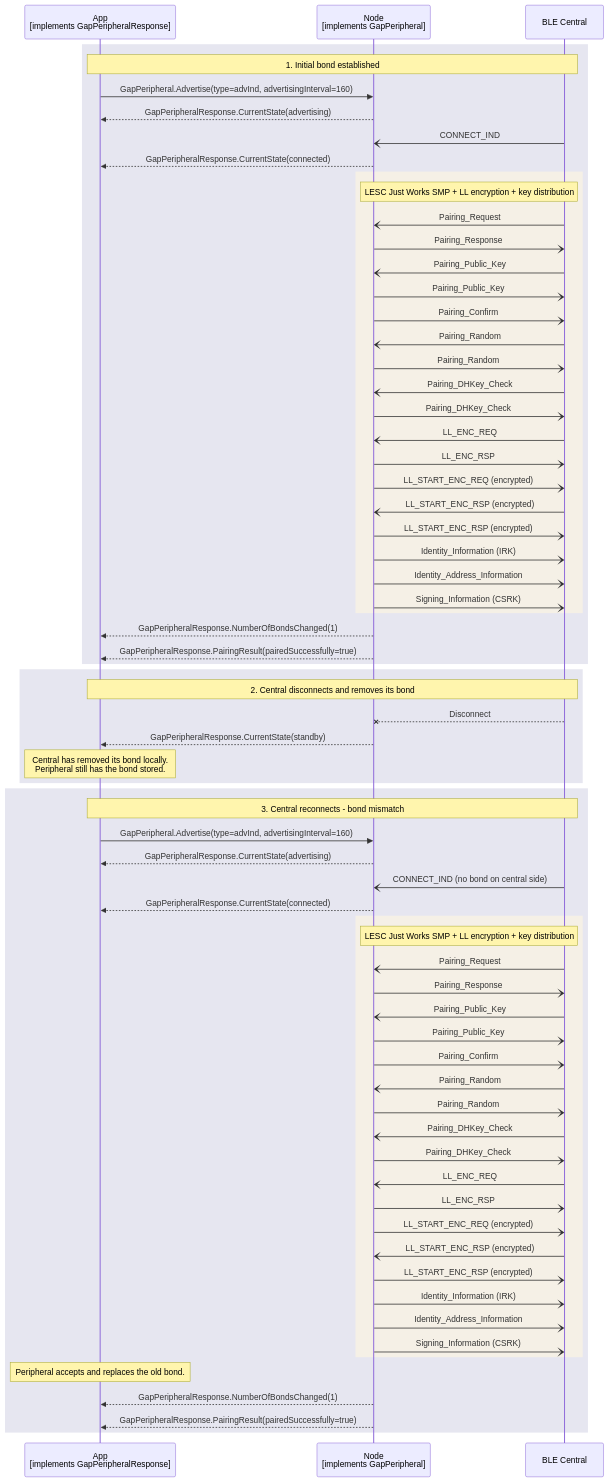
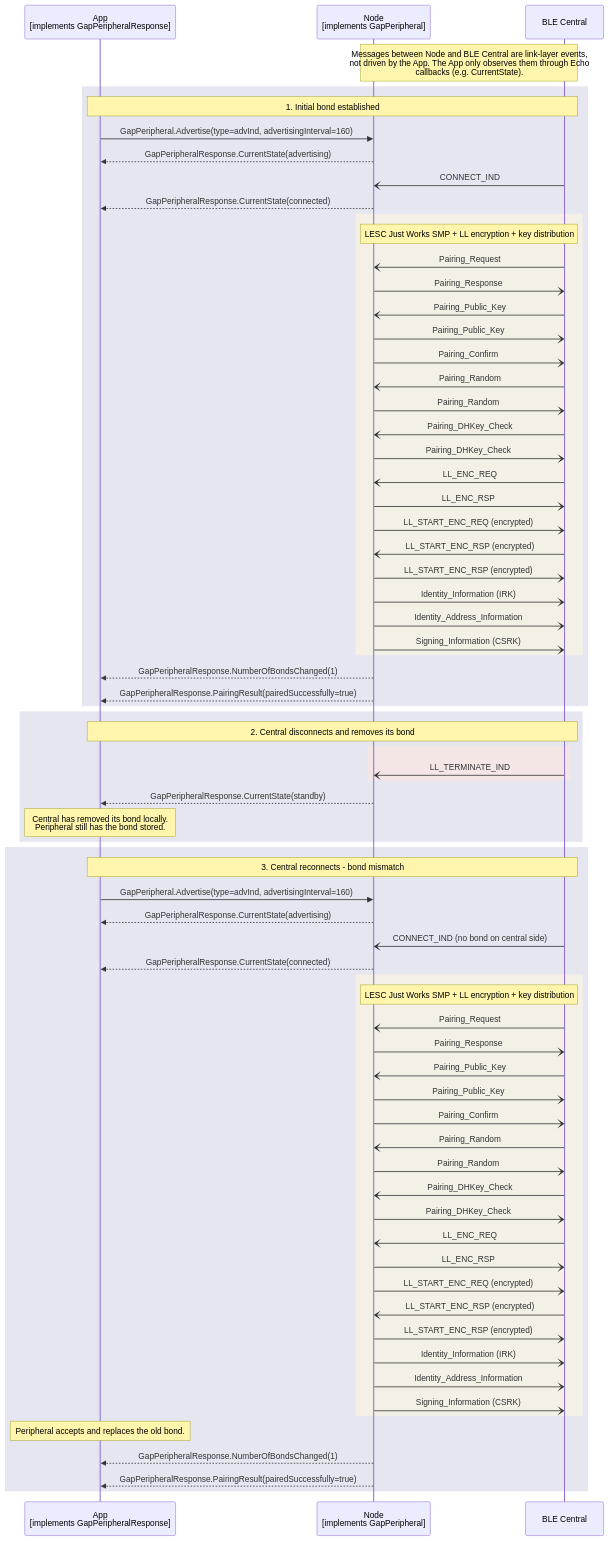
One commit to philips-software/amp-embedded-infra-lib changed the diagram in documents/modules/ROOT/partials/echoservices/gap_peripheral/GapPeripheral_ReBondAfterBondRemoval_sequence.mmd. Above: the diagram before and after it, drawn with Mermaid. The commit also changed 8 other files, not shown here.

```diff
--- a/documents/modules/ROOT/partials/echoservices/gap_peripheral/GapPeripheral_ReBondAfterBondRemoval_sequence.mmd
+++ b/documents/modules/ROOT/partials/echoservices/gap_peripheral/GapPeripheral_ReBondAfterBondRemoval_sequence.mmd
@@ -1,74 +1,78 @@
 sequenceDiagram
     participant App as App<br>[implements GapPeripheralResponse]
     participant Node as Node<br>[implements GapPeripheral]
     participant Central as BLE Central
+
+    Note over Node, Central: Messages between Node and BLE Central are link-layer events,<br>not driven by the App. The App only observes them through Echo<br>callbacks (e.g. CurrentState).
 
     rect rgb(230, 230, 240)
         note over App, Central: 1. Initial bond established
         App->>Node: GapPeripheral.Advertise(type=advInd, advertisingInterval=160)
         Node-->>App: GapPeripheralResponse.CurrentState(advertising)
         Central-)Node: CONNECT_IND
         Node-->>App: GapPeripheralResponse.CurrentState(connected)
         rect rgb(245, 240, 230)
             Note over Node, Central: LESC Just Works SMP + LL encryption + key distribution
             Central-)Node: Pairing_Request
             Node-)Central: Pairing_Response
             Central-)Node: Pairing_Public_Key
             Node-)Central: Pairing_Public_Key
             Node-)Central: Pairing_Confirm
             Central-)Node: Pairing_Random
             Node-)Central: Pairing_Random
             Central-)Node: Pairing_DHKey_Check
             Node-)Central: Pairing_DHKey_Check
             Central-)Node: LL_ENC_REQ
             Node-)Central: LL_ENC_RSP
             Node-)Central: LL_START_ENC_REQ (encrypted)
             Central-)Node: LL_START_ENC_RSP (encrypted)
             Node-)Central: LL_START_ENC_RSP (encrypted)
             Node-)Central: Identity_Information (IRK)
             Node-)Central: Identity_Address_Information
             Node-)Central: Signing_Information (CSRK)
         end
         Node-->>App: GapPeripheralResponse.NumberOfBondsChanged(1)
         Node-->>App: GapPeripheralResponse.PairingResult(pairedSuccessfully=true)
     end
 
     rect rgb(230, 230, 240)
         note over App, Central: 2. Central disconnects and removes its bond
-        Central--xNode: Disconnect
+        rect rgb(245, 230, 230)
+            Central-)Node: LL_TERMINATE_IND
+        end
         Node-->>App: GapPeripheralResponse.CurrentState(standby)
 
         Note over App: Central has removed its bond locally.<br>Peripheral still has the bond stored.
     end
 
     rect rgb(230, 230, 240)
         note over App, Central: 3. Central reconnects - bond mismatch
         App->>Node: GapPeripheral.Advertise(type=advInd, advertisingInterval=160)
         Node-->>App: GapPeripheralResponse.CurrentState(advertising)
         Central-)Node: CONNECT_IND (no bond on central side)
         Node-->>App: GapPeripheralResponse.CurrentState(connected)
         rect rgb(245, 240, 230)
             Note over Node, Central: LESC Just Works SMP + LL encryption + key distribution
             Central-)Node: Pairing_Request
             Node-)Central: Pairing_Response
             Central-)Node: Pairing_Public_Key
             Node-)Central: Pairing_Public_Key
             Node-)Central: Pairing_Confirm
             Central-)Node: Pairing_Random
             Node-)Central: Pairing_Random
             Central-)Node: Pairing_DHKey_Check
             Node-)Central: Pairing_DHKey_Check
             Central-)Node: LL_ENC_REQ
             Node-)Central: LL_ENC_RSP
             Node-)Central: LL_START_ENC_REQ (encrypted)
             Central-)Node: LL_START_ENC_RSP (encrypted)
             Node-)Central: LL_START_ENC_RSP (encrypted)
             Node-)Central: Identity_Information (IRK)
             Node-)Central: Identity_Address_Information
             Node-)Central: Signing_Information (CSRK)
         end
         Note over App: Peripheral accepts and replaces the old bond.
 
         Node-->>App: GapPeripheralResponse.NumberOfBondsChanged(1)
         Node-->>App: GapPeripheralResponse.PairingResult(pairedSuccessfully=true)
     end
```
